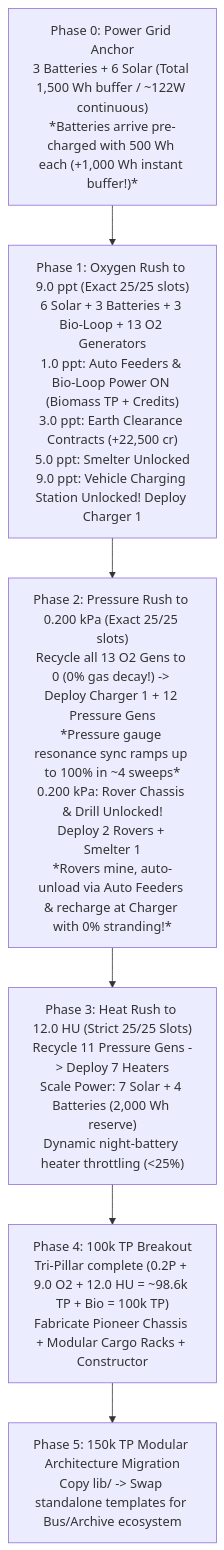
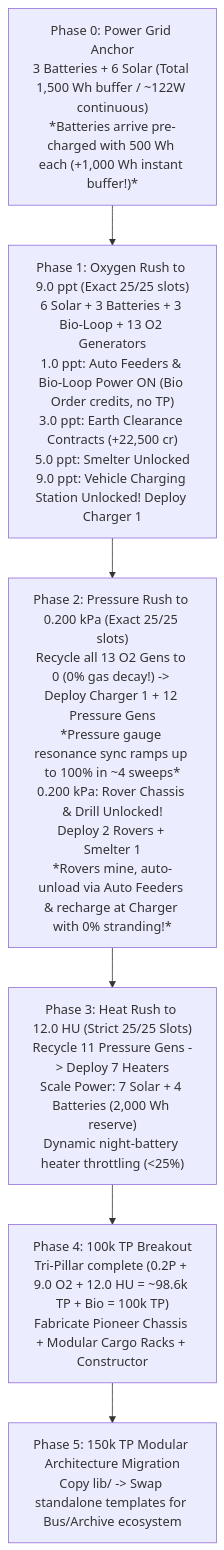
Before and after one commit to crazy-daddy/code-terraform-earlygame-automation: the second of 2 diagrams in auto_walkthrough.md, drawn with Mermaid. The commit also changed other lines of this file and 1 other file, not shown here.

First line of the commit message:
docs: Bio-Loop earns credits only, not Terraform Index

````diff
--- a/auto_walkthrough.md
+++ b/auto_walkthrough.md
@@ -69,11 +69,11 @@
 ```mermaid
 flowchart TD
     Phase0["Phase 0: Power Grid Anchor<br/>3 Batteries + 6 Solar (Total 1,500 Wh buffer / ~122W continuous)<br/>*Batteries arrive pre-charged with 500 Wh each (+1,000 Wh instant buffer!)*"]
-    Phase1["Phase 1: Oxygen Rush to 9.0 ppt (Exact 25/25 slots)<br/>6 Solar + 3 Batteries + 3 Bio-Loop + 13 O2 Generators<br/>1.0 ppt: Auto Feeders & Bio-Loop Power ON (Biomass TP + Credits)<br/>3.0 ppt: Earth Clearance Contracts (+22,500 cr)<br/>5.0 ppt: Smelter Unlocked<br/>9.0 ppt: Vehicle Charging Station Unlocked! Deploy Charger 1"]
+    Phase1["Phase 1: Oxygen Rush to 9.0 ppt (Exact 25/25 slots)<br/>6 Solar + 3 Batteries + 3 Bio-Loop + 13 O2 Generators<br/>1.0 ppt: Auto Feeders & Bio-Loop Power ON (Bio Order credits, no TP)<br/>3.0 ppt: Earth Clearance Contracts (+22,500 cr)<br/>5.0 ppt: Smelter Unlocked<br/>9.0 ppt: Vehicle Charging Station Unlocked! Deploy Charger 1"]
     Phase2["Phase 2: Pressure Rush to 0.200 kPa (Exact 25/25 slots)<br/>Recycle all 13 O2 Gens to 0 (0% gas decay!) -> Deploy Charger 1 + 12 Pressure Gens<br/>*Pressure gauge resonance sync ramps up to 100% in ~4 sweeps*<br/>0.200 kPa: Rover Chassis & Drill Unlocked!<br/>Deploy 2 Rovers + Smelter 1<br/>*Rovers mine, auto-unload via Auto Feeders & recharge at Charger with 0% stranding!*"]
     Phase3["Phase 3: Heat Rush to 12.0 HU (Strict 25/25 Slots)<br/>Recycle 11 Pressure Gens -> Deploy 7 Heaters<br/>Scale Power: 7 Solar + 4 Batteries (2,000 Wh reserve)<br/>Dynamic night-battery heater throttling (<25%)"]
     Phase4["Phase 4: 100k TP Breakout<br/>Tri-Pillar complete (0.2P + 9.0 O2 + 12.0 HU = ~98.6k TP + Bio = 100k TP)<br/>Fabricate Pioneer Chassis + Modular Cargo Racks + Constructor"]
     Phase5["Phase 5: 150k TP Modular Architecture Migration<br/>Copy lib/ -> Swap standalone templates for Bus/Archive ecosystem"]
 
     Phase0 --> Phase1 --> Phase2 --> Phase3 --> Phase4 --> Phase5
 ```
````
